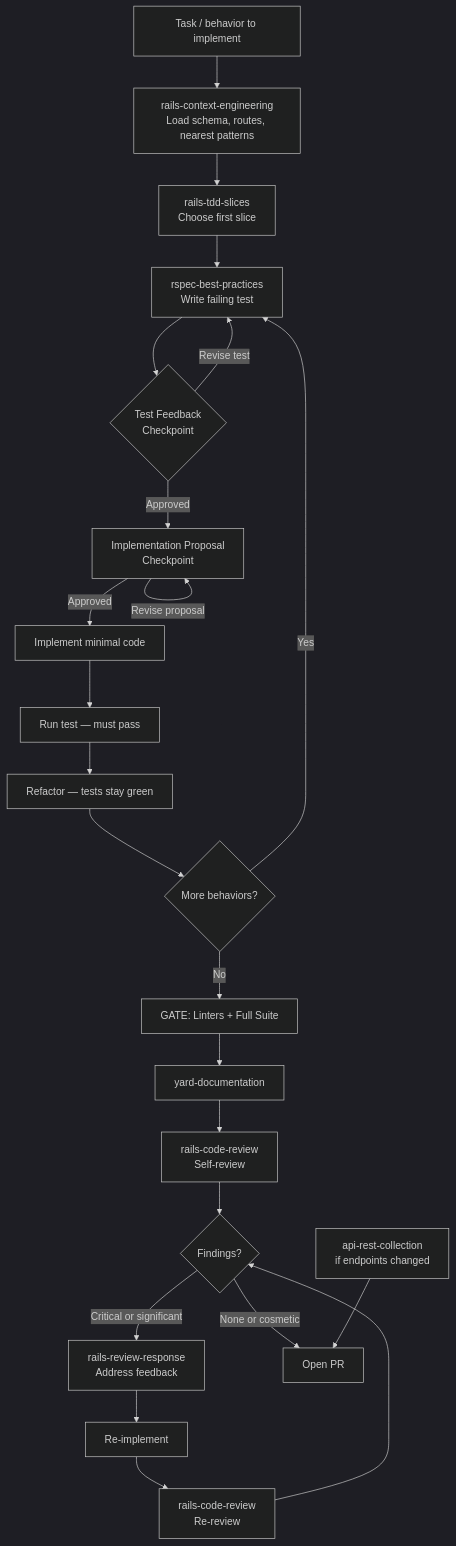
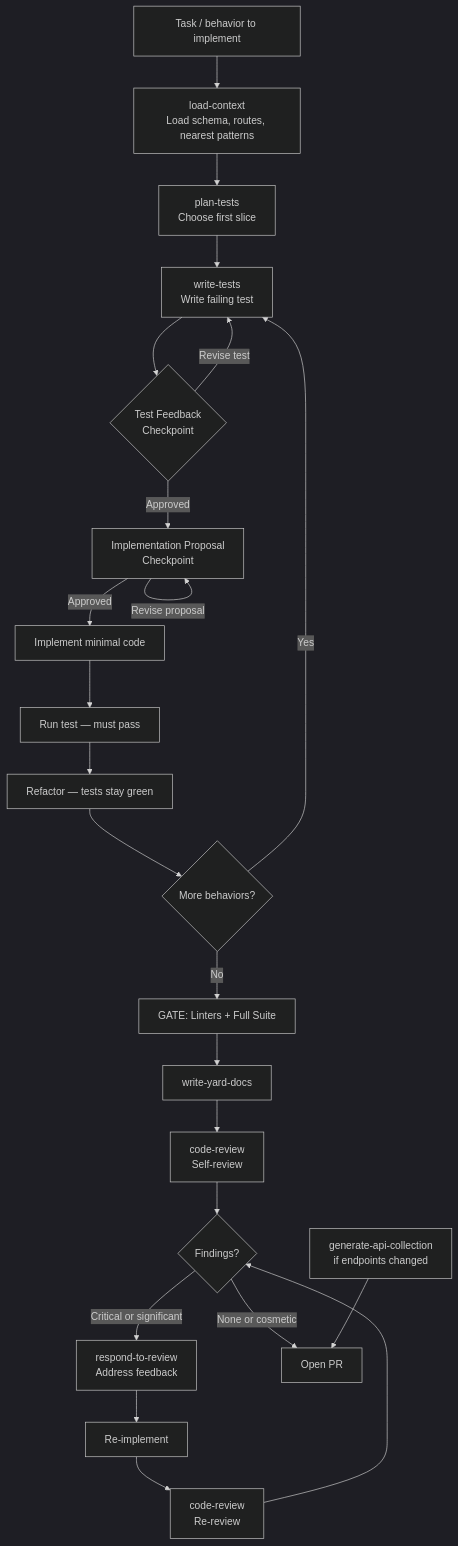
One commit to igmarin/my-RoR-personal-skills changed the first of 17 diagrams in docs/workflow-guide.md. Above: the diagram before and after it, drawn with Mermaid (dark theme). The commit also changed other lines of this file and 295 other files, not shown here.

First line of the commit message:
Refactor names flows (#57)

````diff
--- a/docs/workflow-guide.md
+++ b/docs/workflow-guide.md
@@ -153,25 +153,25 @@
 ```mermaid
 flowchart TD
-    A[Task / behavior to implement] --> CE[rails-context-engineering\nLoad schema, routes, nearest patterns]
-    CE --> B[rails-tdd-slices\nChoose first slice]
-    B --> C[rspec-best-practices\nWrite failing test]
+    A[Task / behavior to implement] --> CE[load-context\nLoad schema, routes, nearest patterns]
+    CE --> B[plan-tests\nChoose first slice]
+    B --> C[write-tests\nWrite failing test]
     C --> D{Test Feedback\nCheckpoint}
     D -->|Approved| E[Implementation Proposal\nCheckpoint]
     D -->|Revise test| C
     E -->|Approved| F[Implement minimal code]
     E -->|Revise proposal| E
     F --> G[Run test — must pass]
     G --> H[Refactor — tests stay green]
     H --> I{More behaviors?}
     I -->|Yes| C
     I -->|No| J["GATE: Linters + Full Suite"]
-    J --> K[yard-documentation]
-    K --> L[rails-code-review\nSelf-review]
+    J --> K[write-yard-docs]
+    K --> L[code-review\nSelf-review]
     L --> M{Findings?}
-    M -->|Critical or significant| N[rails-review-response\nAddress feedback]
+    M -->|Critical or significant| N[respond-to-review\nAddress feedback]
     N --> O[Re-implement]
-    O --> P[rails-code-review\nRe-review]
+    O --> P[code-review\nRe-review]
     P --> M
     M -->|None or cosmetic| Q[Open PR]
-    K2[api-rest-collection\nif endpoints changed] --> Q
+    K2[generate-api-collection\nif endpoints changed] --> Q
 ```
````
